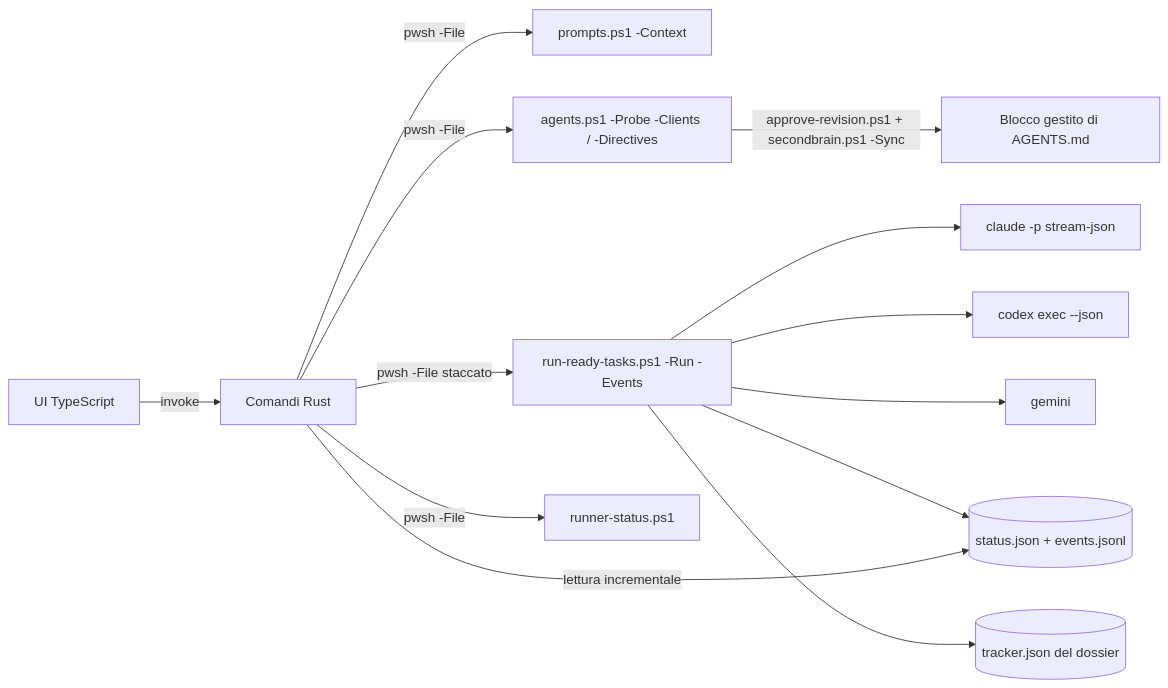
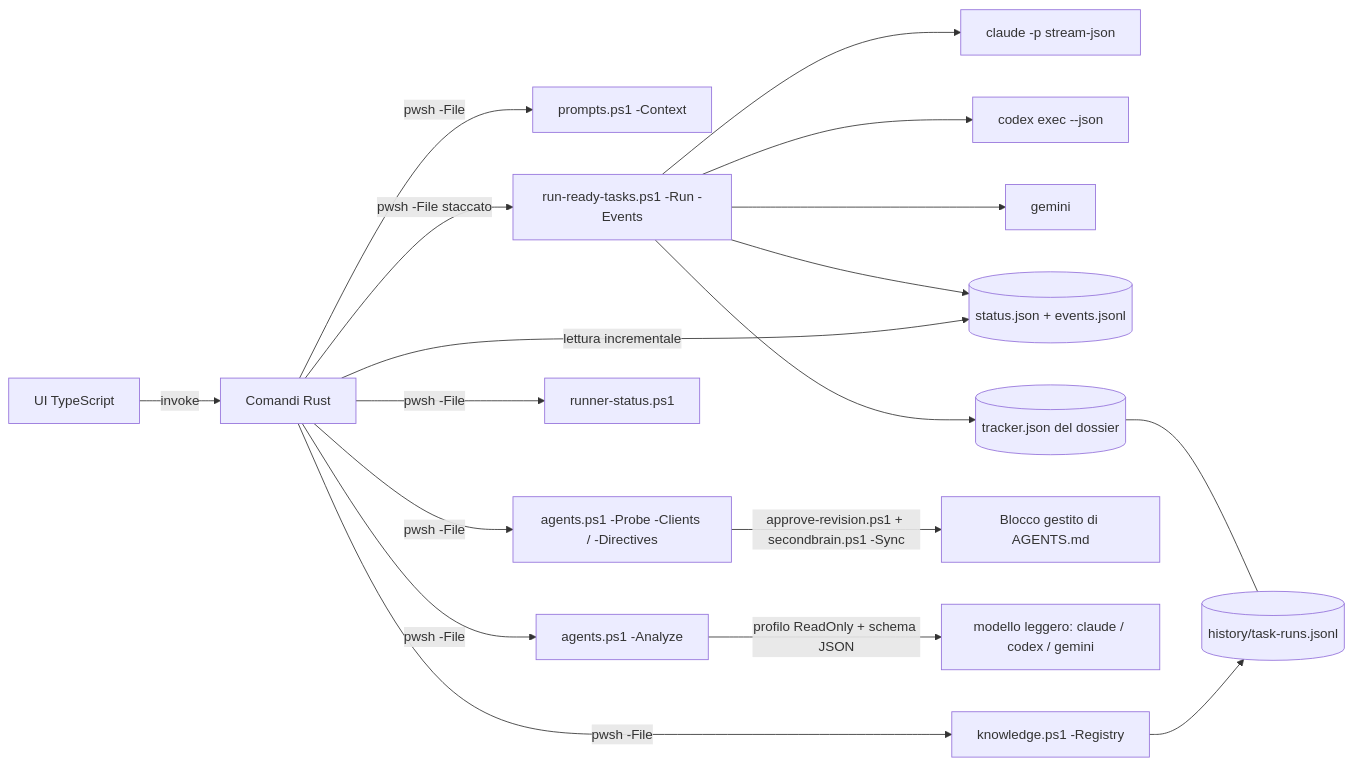
Before and after one commit to dennidalpos/secondbrain: the diagram in docs/orchestratore.it.md, drawn with Mermaid. The commit also changed other lines of this file and 51 other files, not shown here.

````diff
--- a/docs/orchestratore.it.md
+++ b/docs/orchestratore.it.md
@@ -7,15 +7,20 @@
 ```mermaid
 flowchart LR
   UI[UI TypeScript] -->|invoke| RS[Comandi Rust]
   RS -->|pwsh -File| P[prompts.ps1 -Context]
   RS -->|pwsh -File| A[agents.ps1 -Probe -Clients / -Directives]
   RS -->|pwsh -File staccato| R[run-ready-tasks.ps1 -Run -Events]
   RS -->|pwsh -File| S[runner-status.ps1]
   R --> C[claude -p stream-json]
   R --> X[codex exec --json]
   R --> G[gemini]
   R --> F[(status.json + events.jsonl)]
   RS -->|lettura incrementale| F
   R --> T[(tracker.json del dossier)]
   A -->|approve-revision.ps1 + secondbrain.ps1 -Sync| D[Blocco gestito di AGENTS.md]
+  RS -->|pwsh -File| N[agents.ps1 -Analyze]
+  N -->|profilo ReadOnly + schema JSON| L[modello leggero: claude / codex / gemini]
+  RS -->|pwsh -File| K[knowledge.ps1 -Registry]
+  T --- H[(history/task-runs.jsonl)]
+  K --> H
 ```
````
